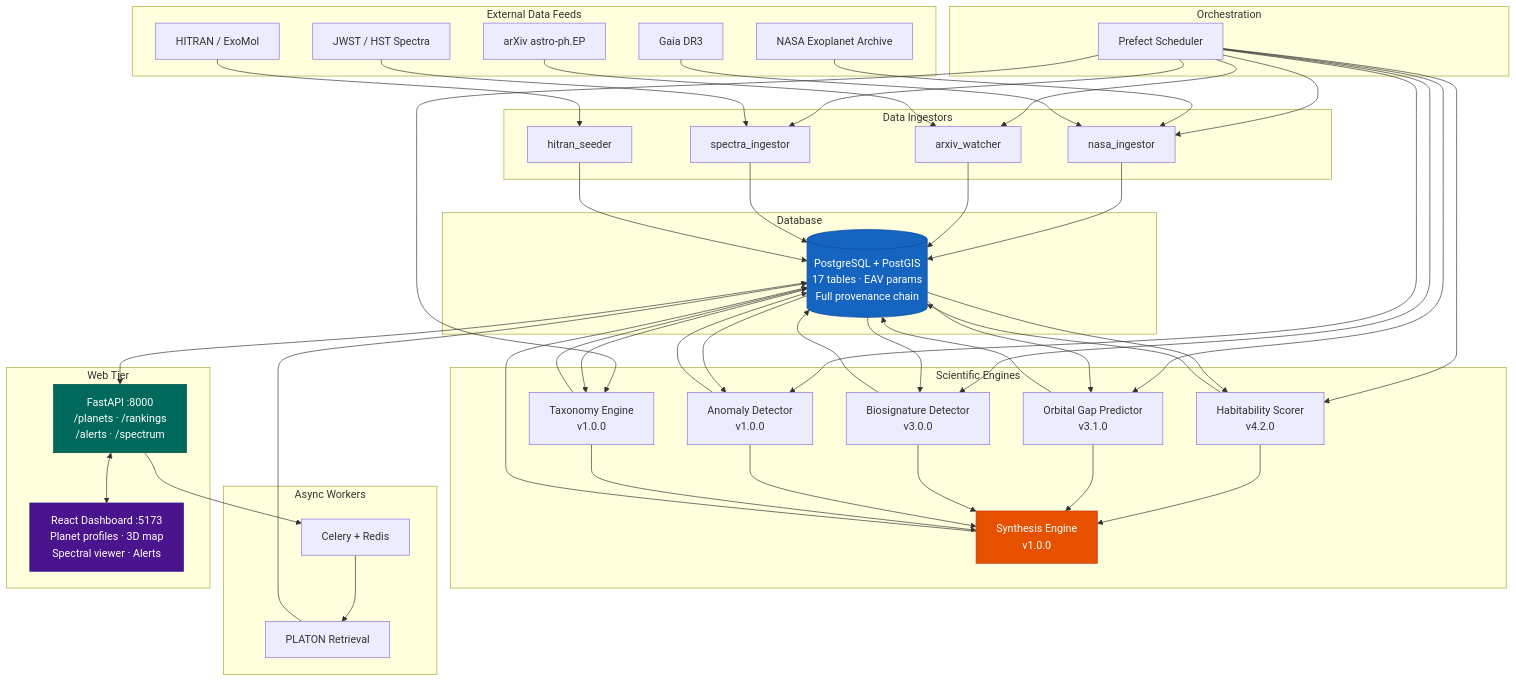
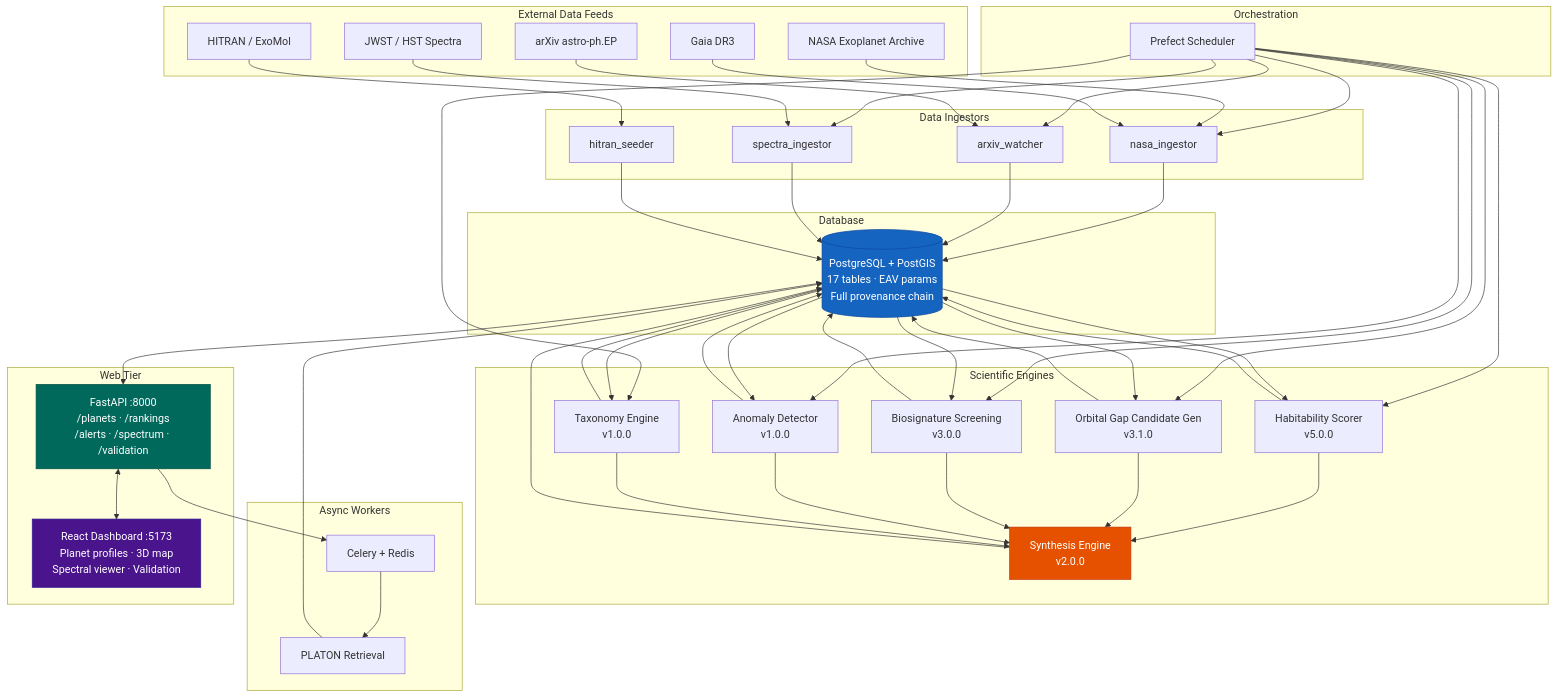
Before and after one commit to yoohooshantanu/Exo: the fourth of 4 diagrams in README.md, drawn with Mermaid. The commit also changed other lines of this file and 1 other file, not shown here.

Commit message:
docs: overhaul README with tempered claims, 60-second walkthrough, updated validation tracks, and visible caveats

````diff
--- a/README.md
+++ b/README.md
@@ -369,68 +435,80 @@
 ```mermaid
 flowchart TD
     subgraph Orchestration
         SCHED["Prefect Scheduler"]
     end
 
     subgraph External["External Data Feeds"]
         NASA["NASA Exoplanet Archive"]
         ARXIV["arXiv astro-ph.EP"]
         JWST["JWST / HST Spectra"]
         HITRAN["HITRAN / ExoMol"]
         GAIA["Gaia DR3"]
     end
 
     subgraph Ingestors["Data Ingestors"]
         NI["nasa_ingestor"]
         AW["arxiv_watcher"]
         SI["spectra_ingestor"]
         HS_SEED["hitran_seeder"]
     end
 
     subgraph Engines["Scientific Engines"]
-        HAB["Habitability Scorer\nv4.2.0"]
-        OGP["Orbital Gap Predictor\nv3.1.0"]
-        BIO["Biosignature Detector\nv3.0.0"]
-        ANOM["Anomaly Detector\nv1.0.0"]
-        TAX["Taxonomy Engine\nv1.0.0"]
-        SYN["Synthesis Engine\nv1.0.0"]
+        HAB["Habitability Scorer
+v5.0.0"]
+        OGP["Orbital Gap Candidate Gen
+v3.1.0"]
+        BIO["Biosignature Screening
+v3.0.0"]
+        ANOM["Anomaly Detector
+v1.0.0"]
+        TAX["Taxonomy Engine
+v1.0.0"]
+        SYN["Synthesis Engine
+v2.0.0"]
     end
 
     subgraph Storage["Database"]
-        PG[("PostgreSQL + PostGIS\n17 tables · EAV params\nFull provenance chain")]
+        PG[("PostgreSQL + PostGIS
+17 tables · EAV params
+Full provenance chain")]
     end
 
     subgraph Workers["Async Workers"]
         CEL["Celery + Redis"]
         PLAT["PLATON Retrieval"]
     end
 
     subgraph API_Layer["Web Tier"]
-        API["FastAPI :8000\n/planets · /rankings\n/alerts · /spectrum"]
-        WEB["React Dashboard :5173\nPlanet profiles · 3D map\nSpectral viewer · Alerts"]
+        API["FastAPI :8000
+/planets · /rankings
+/alerts · /spectrum · /validation"]
+        WEB["React Dashboard :5173
+Planet profiles · 3D map
+Spectral viewer · Validation"]
     end
 
     SCHED --> NI & AW & SI
     SCHED --> HAB & OGP & BIO & ANOM & TAX
 
     NASA --> NI
     ARXIV --> AW
     JWST --> SI
     HITRAN --> HS_SEED
     GAIA --> NI
 
     NI & AW & SI & HS_SEED --> PG
     PG --> HAB & OGP & BIO & ANOM & TAX
     HAB & OGP & BIO & ANOM & TAX --> SYN
     SYN --> PG
     HAB & OGP & BIO & ANOM & TAX --> PG
 
     PG <--> API
     API --> CEL --> PLAT --> PG
     API <--> WEB
 
     style PG fill:#1565c0,color:#fff,stroke:#0d47a1
     style API fill:#00695c,color:#fff,stroke:#004d40
     style WEB fill:#4a148c,color:#fff,stroke:#311b92
     style SYN fill:#e65100,color:#fff,stroke:#bf360c
 ```
````
